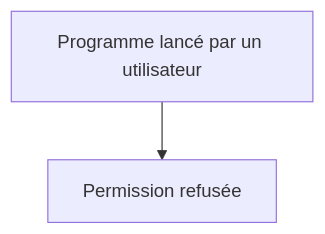
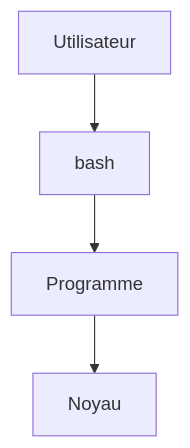
Before and after one commit to tdelaclos/formations: the fourth of 16 diagrams in campagne 1/1.3.md, drawn with Mermaid. The commit also changed other lines of this file, not shown here.

````diff
--- a/campagne 1/1.3.md
+++ b/campagne 1/1.3.md
@@ -366,9 +270,15 @@
 ```mermaid
 flowchart TD
 
-A["Programme lancé par un utilisateur"]
+A["Utilisateur"]
 
-B["Permission refusée"]
+B["bash"]
+
+C["Programme"]
+
+D["Noyau"]
 
 A --> B
+B --> C
+C --> D
 ```
````
